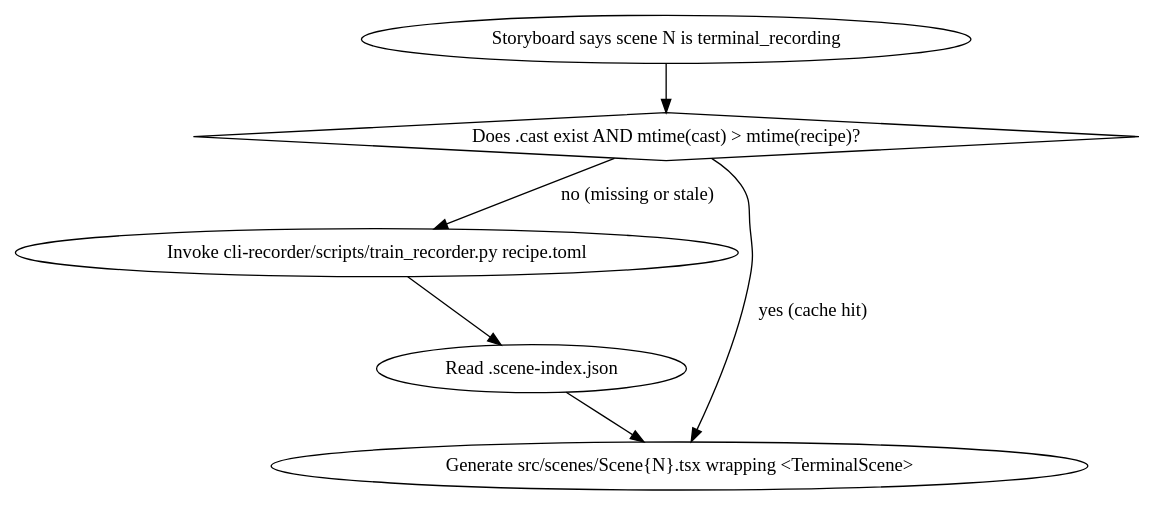
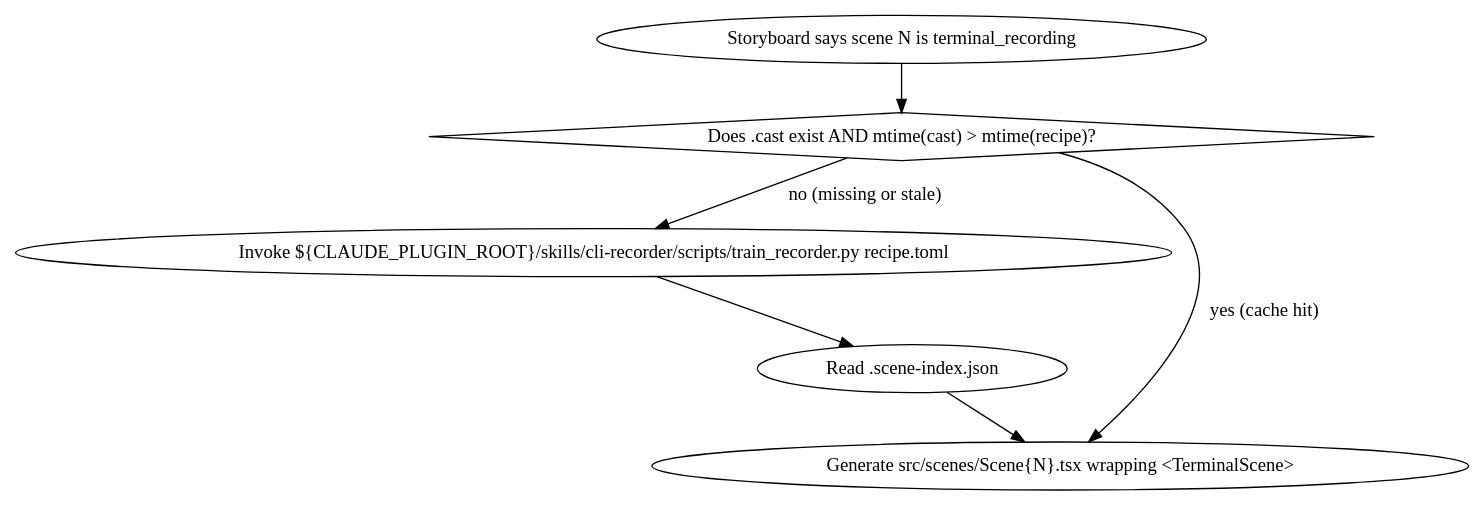
The diagram in feinschliff/skills/remotion/references/terminal-recording-scene-type.md (marsmike/feinschliff), drawn with Graphviz before and after one commit. The commit also changed other lines of this file and 3 other files, not shown here.

First line of the commit message:
docs(remotion): point terminal-scene refs at the cli-recorder skill

````diff
--- a/feinschliff/skills/remotion/references/terminal-recording-scene-type.md
+++ b/feinschliff/skills/remotion/references/terminal-recording-scene-type.md
@@ -75,15 +75,15 @@
 ```dot
 digraph build_terminal_scene {
   rankdir=TB;
   start [label="Storyboard says scene N is terminal_recording"];
   check [label="Does .cast exist AND mtime(cast) > mtime(recipe)?", shape=diamond];
-  invoke [label="Invoke cli-recorder/scripts/train_recorder.py recipe.toml"];
+  invoke [label="Invoke ${CLAUDE_PLUGIN_ROOT}/skills/cli-recorder/scripts/train_recorder.py recipe.toml"];
   parsed [label="Read .scene-index.json"];
   emit [label="Generate src/scenes/Scene{N}.tsx wrapping <TerminalScene>"];
   start -> check;
   check -> emit [label="yes (cache hit)"];
   check -> invoke [label="no (missing or stale)"];
   invoke -> parsed;
   parsed -> emit;
 }
 ```
````
